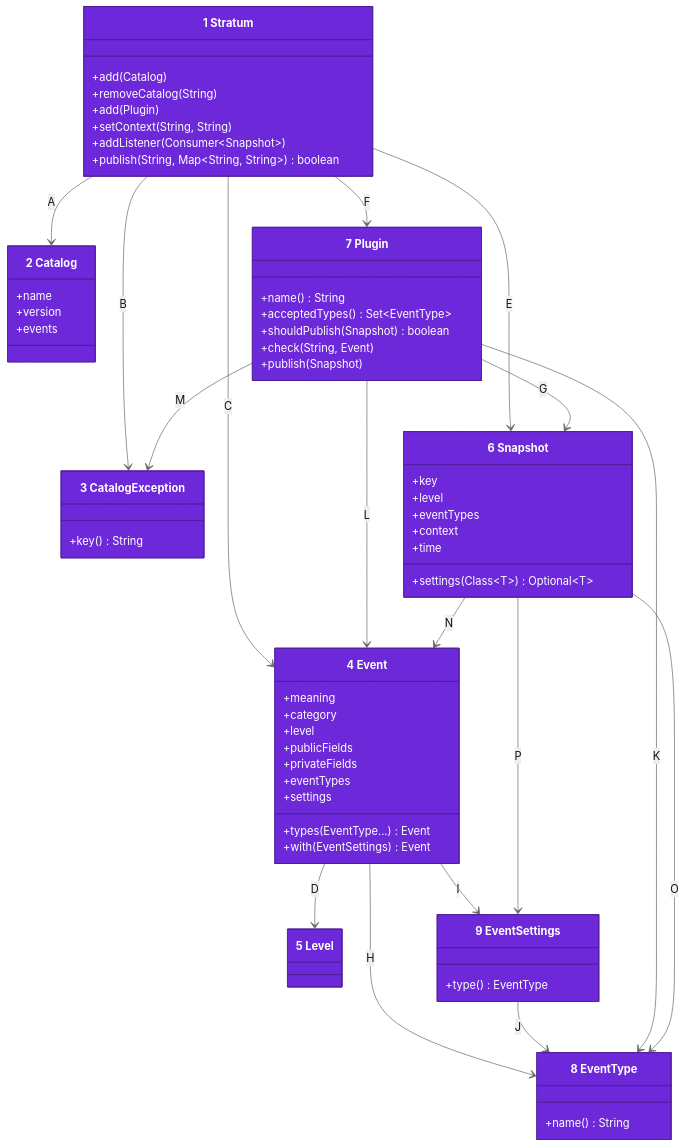
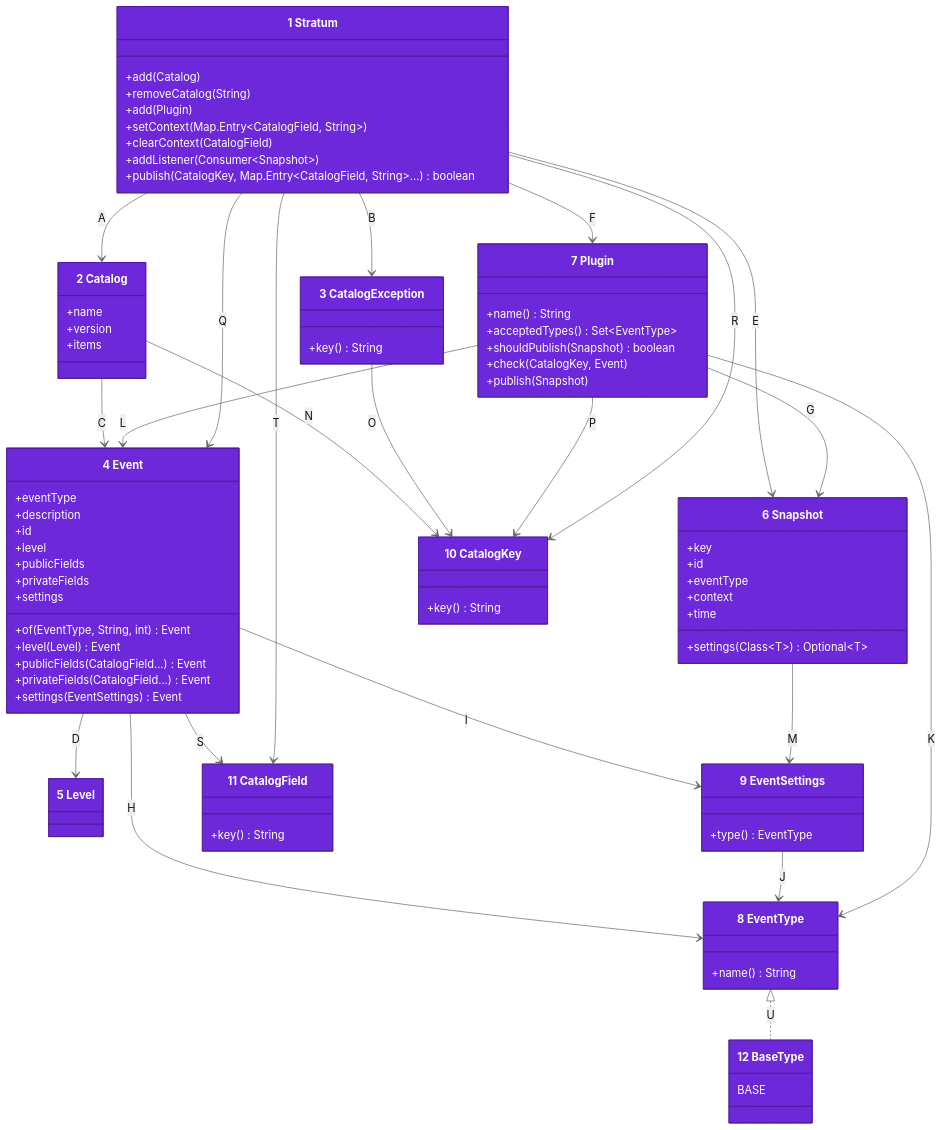
The first of 2 diagrams in docs/architecture/04-code.md (may-journal/Stratum-Observability-Java), drawn with Mermaid (neutral theme) before and after one commit. The commit also changed other lines of this file and 40 other files, not shown here.

First line of the commit message:
feat(core): shape the catalog and engine like upstream Stratum

````diff
--- a/docs/architecture/04-code.md
+++ b/docs/architecture/04-code.md
@@ -8,34 +8,38 @@
         +add(Catalog)
         +removeCatalog(String)
         +add(Plugin)
-        +setContext(String, String)
+        +setContext(Map.Entry~CatalogField, String~)
+        +clearContext(CatalogField)
         +addListener(Consumer~Snapshot~)
-        +publish(String, Map~String, String~) boolean
+        +publish(CatalogKey, Map.Entry~CatalogField, String~...) boolean
     }
     class Catalog["2 Catalog"] {
         +name
         +version
-        +events
+        +items
     }
     class CatalogException["3 CatalogException"] {
         +key() String
     }
     class Event["4 Event"] {
-        +meaning
-        +category
+        +eventType
+        +description
+        +id
         +level
         +publicFields
         +privateFields
-        +eventTypes
         +settings
-        +types(EventType...) Event
-        +with(EventSettings) Event
+        +of(EventType, String, int) Event
+        +level(Level) Event
+        +publicFields(CatalogField...) Event
+        +privateFields(CatalogField...) Event
+        +settings(EventSettings) Event
     }
     class Level["5 Level"]
     class Snapshot["6 Snapshot"] {
         +key
-        +level
-        +eventTypes
+        +id
+        +eventType
         +settings(Class~T~) Optional~T~
         +context
         +time
@@ -44,7 +48,7 @@
         +name() String
         +acceptedTypes() Set~EventType~
         +shouldPublish(Snapshot) boolean
-        +check(String, Event)
+        +check(CatalogKey, Event)
         +publish(Snapshot)
     }
     class EventType["8 EventType"] {
@@ -53,10 +57,19 @@
     class EventSettings["9 EventSettings"] {
         +type() EventType
     }
+    class CatalogKey["10 CatalogKey"] {
+        +key() String
+    }
+    class CatalogField["11 CatalogField"] {
+        +key() String
+    }
+    class BaseType["12 BaseType"] {
+        BASE
+    }
 
     Stratum --> Catalog : A
     Stratum --> CatalogException : B
-    Stratum --> Event : C
+    Catalog --> Event : C
     Event --> Level : D
     Stratum --> Snapshot : E
     Stratum --> Plugin : F
@@ -66,10 +79,15 @@
     EventSettings --> EventType : J
     Plugin --> EventType : K
     Plugin --> Event : L
-    Plugin --> CatalogException : M
-    Snapshot --> Event : N
-    Snapshot --> EventType : O
-    Snapshot --> EventSettings : P
+    Snapshot --> EventSettings : M
+    Catalog --> CatalogKey : N
+    CatalogException --> CatalogKey : O
+    Plugin --> CatalogKey : P
+    Stratum --> Event : Q
+    Stratum --> CatalogKey : R
+    Event --> CatalogField : S
+    Stratum --> CatalogField : T
+    EventType <|.. BaseType : U
 
     style Stratum fill:#6d28d9,stroke:#4c1d95,color:#ffffff
     style Catalog fill:#6d28d9,stroke:#4c1d95,color:#ffffff
@@ -80,4 +98,7 @@
     style Plugin fill:#6d28d9,stroke:#4c1d95,color:#ffffff
     style EventType fill:#6d28d9,stroke:#4c1d95,color:#ffffff
     style EventSettings fill:#6d28d9,stroke:#4c1d95,color:#ffffff
+    style CatalogKey fill:#6d28d9,stroke:#4c1d95,color:#ffffff
+    style CatalogField fill:#6d28d9,stroke:#4c1d95,color:#ffffff
+    style BaseType fill:#6d28d9,stroke:#4c1d95,color:#ffffff
 ```
````
